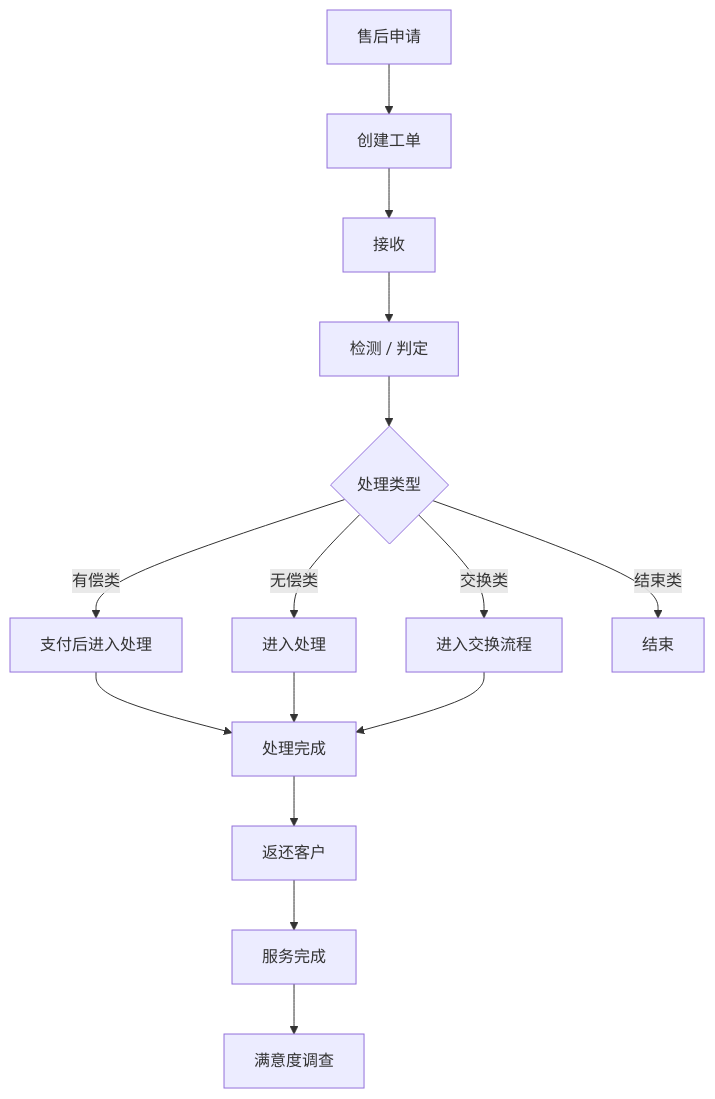
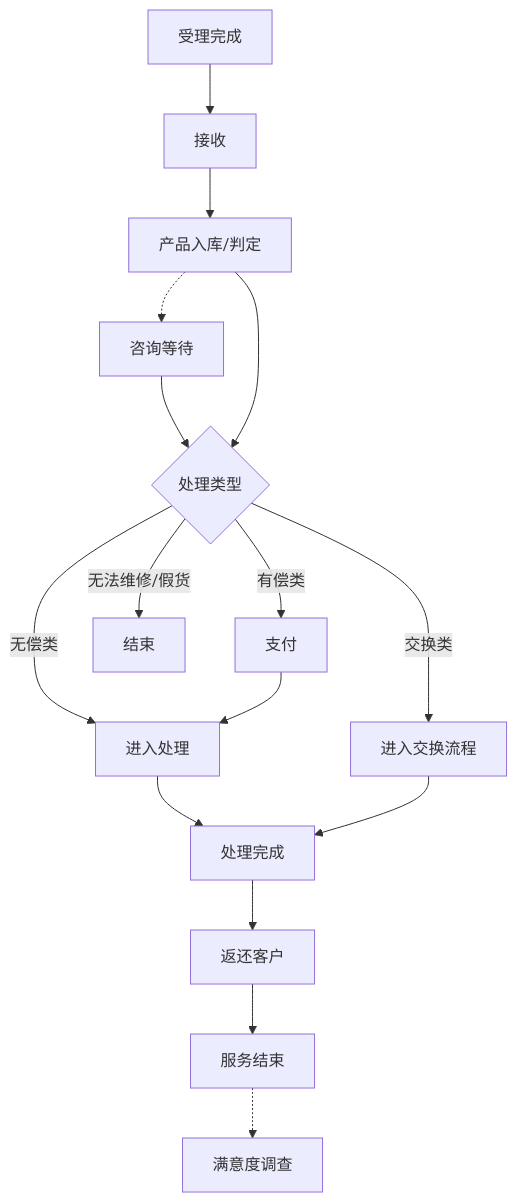
The first of 37 diagrams in 文档/GM系统需求说明.md (guguohai/gmps), drawn with Mermaid before and after one commit. The commit also changed other lines of this file, not shown here.

````diff
--- a/文档/GM系统需求说明.md
+++ b/文档/GM系统需求说明.md
@@ -118,21 +118,24 @@
 ```mermaid
-flowchart TD  
-  
-A[售后申请] --> B[创建工单]  
-B --> C[接收]  
-C --> D[检测 / 判定]  
-  
-D --> E{处理类型}  
-E -->|有偿类| F[支付后进入处理]  
-E -->|无偿类| G[进入处理]  
-E -->|交换类| H[进入交换流程]  
-E -->|结束类| I[结束]  
-  
-F --> J[处理完成]  
-G --> J  
-H --> J  
-  
-J --> K[返还客户]  
-K --> L[服务完成]  
-L --> M[满意度调查]
+flowchart TD
+
+A[受理完成] --> B[接收]
+B --> C[产品入库/判定]
+
+C -.-> N[咨询等待]
+N --> D{处理类型}
+
+C --> D{处理类型}
+D -->|有偿类| E[支付]
+D -->|无偿类| F[进入处理]
+D -->|交换类| G[进入交换流程]
+
+E --> F
+F --> J[处理完成]
+G --> J
+
+J --> K[返还客户]
+K --> L[服务结束]
+L -.-> M[满意度调查]
+
+D -->|无法维修/假货| H[结束]
 ```
````
